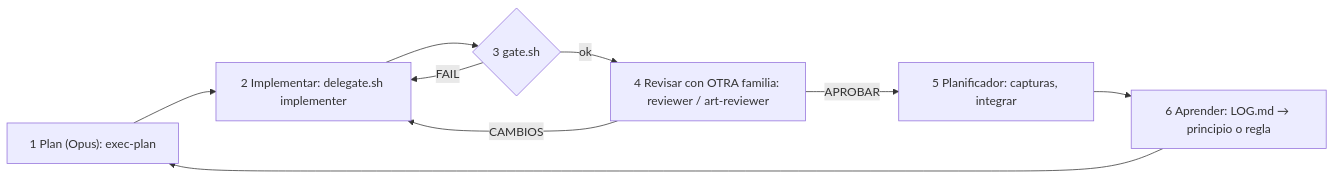
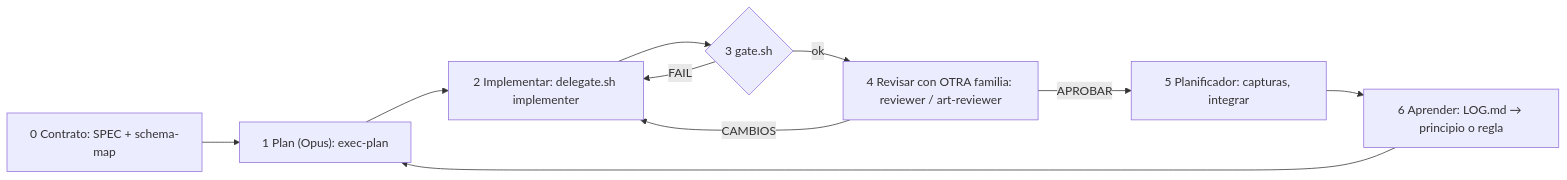
One commit to foreverlcd/foreverlcd-dev changed the diagram in docs/HARNESS.md. Above: the diagram before and after it, drawn with Mermaid. The commit also changed other lines of this file and 17 other files, not shown here.

Commit message:
chore(harness): schema as product contract with coverage ratchet, content assertions and full fixture

````diff
--- a/docs/HARNESS.md
+++ b/docs/HARNESS.md
@@ -29,11 +32,12 @@
 ```mermaid
 flowchart LR
+  S["0 Contrato: SPEC + schema-map"] --> P
   P["1 Plan (Opus): exec-plan"] --> I["2 Implementar: delegate.sh implementer"]
   I --> G{"3 gate.sh"}
   G -- FAIL --> I
   G -- ok --> R["4 Revisar con OTRA familia: reviewer / art-reviewer"]
   R -- CAMBIOS --> I
   R -- APROBAR --> H["5 Planificador: capturas, integrar"]
   H --> L["6 Aprender: LOG.md → principio o regla"]
   L --> P
 ```
````
